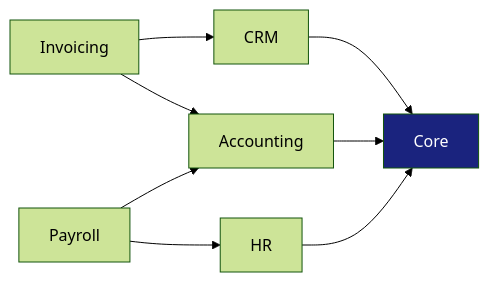
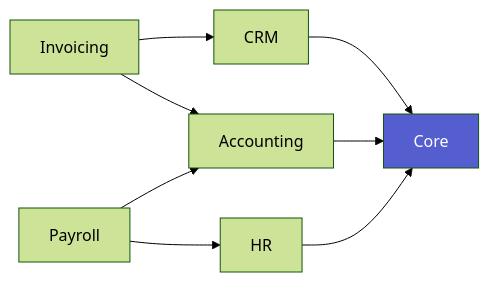
Before and after one commit to noiia/EERP-Documentation-Wiki: the fourth of 6 diagrams in docs/architecture/index.md, drawn with Mermaid (forest theme). The commit also changed other lines of this file and 38 other files, not shown here.

````diff
--- a/docs/architecture/index.md
+++ b/docs/architecture/index.md
@@ -167,12 +209,12 @@
 ```mermaid
 graph LR
     CRM --> Core
     Invoicing --> CRM
     Invoicing --> Accounting
     Accounting --> Core
     HR --> Core
     Payroll --> HR
     Payroll --> Accounting
 
-    style Core fill:#1a237e,color:#fff
+    style Core fill:#545ECF, color:#ffffff
 ```
````
